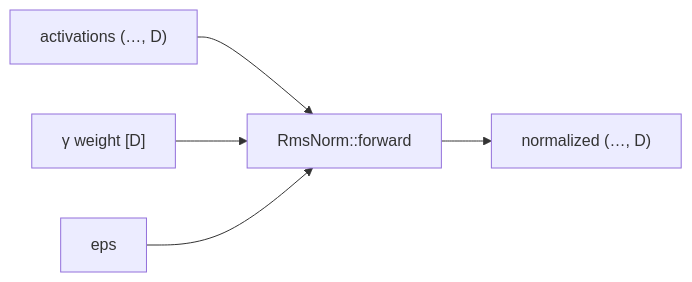
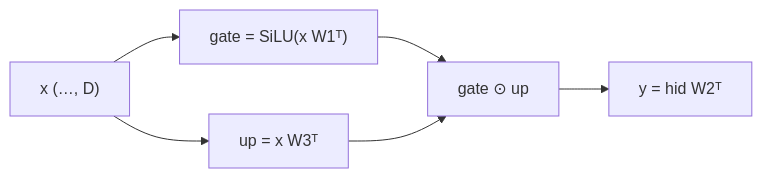
One commit to 404khai/phalanx changed the second of 2 diagrams in docs/architecture.md. Above: the diagram before and after it, drawn with Mermaid. The commit also changed other lines of this file and 14 other files, not shown here.

````diff
--- a/docs/architecture.md
+++ b/docs/architecture.md
@@ -65,7 +70,8 @@
 ```mermaid
 flowchart LR
-    X["activations (…, D)"] --> RMS["RmsNorm::forward"]
-    G["γ weight [D]"] --> RMS
-    E["eps"] --> RMS
-    RMS --> Y["normalized (…, D)"]
+    X["x (…, D)"] --> Gate["gate = SiLU(x W1ᵀ)"]
+    X --> Up["up = x W3ᵀ"]
+    Gate --> Had["gate ⊙ up"]
+    Up --> Had
+    Had --> Down["y = hid W2ᵀ"]
 ```
````
